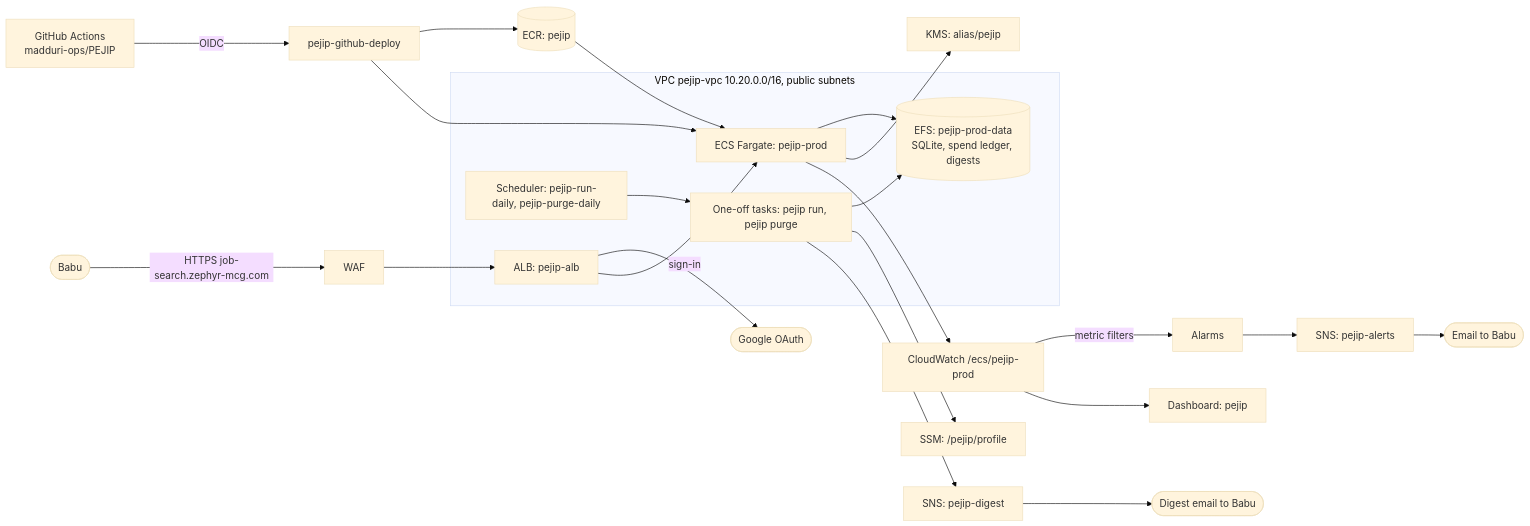
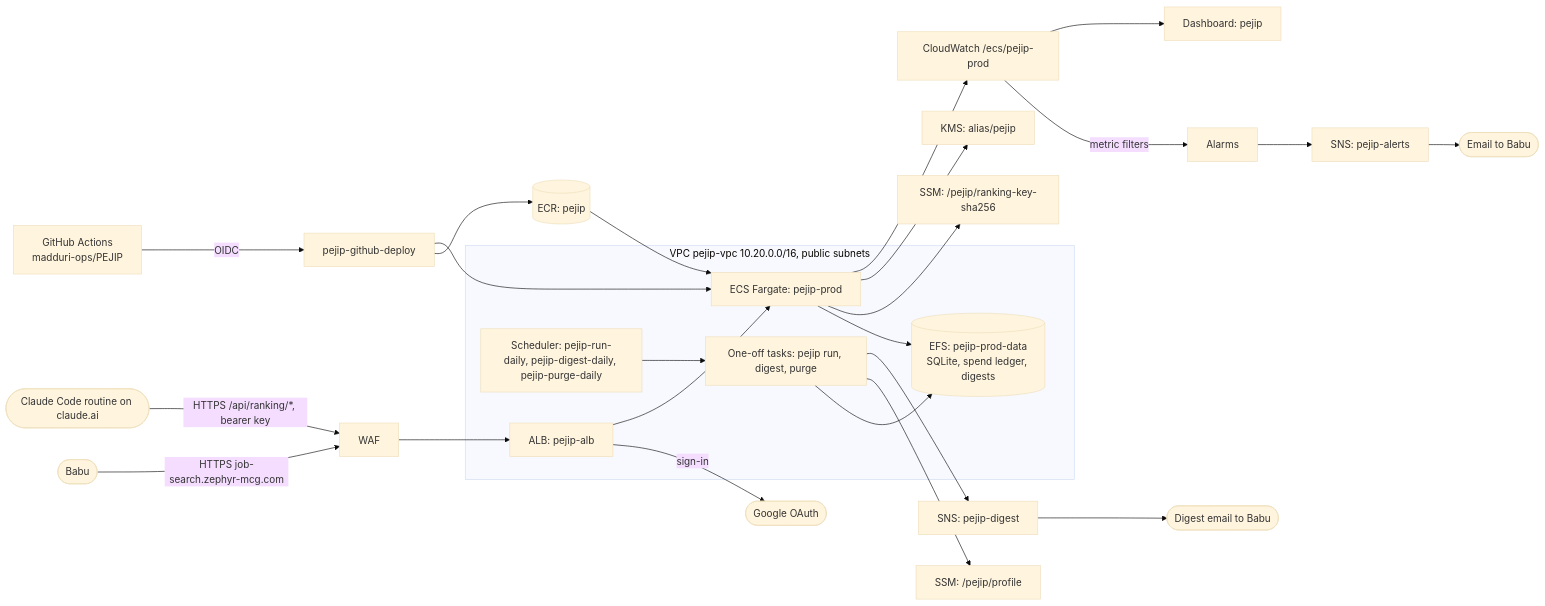
One commit to madduri-ops/PEJIP changed the second of 2 diagrams in docs/architecture/overview.md. Above: the diagram before and after it, drawn with Mermaid (base theme). The commit also changed other lines of this file and 36 other files, not shown here.

First line of the commit message:
Rank daily roles through a Claude Code routine on Babu's plan (#43)

````diff
--- a/docs/architecture/overview.md
+++ b/docs/architecture/overview.md
@@ -77,21 +80,23 @@
 ```mermaid
 flowchart LR
     gh[GitHub Actions<br/>madduri-ops/PEJIP] -- OIDC --> role[pejip-github-deploy]
     role --> ecr[(ECR: pejip)]
     role --> svc
     user([Babu]) -- HTTPS job-search.zephyr-mcg.com --> waf[WAF] --> alb[ALB: pejip-alb]
     alb -- sign-in --> google([Google OAuth])
+    routine([Claude Code routine on claude.ai]) -- HTTPS /api/ranking/*, bearer key --> waf
     subgraph vpc[VPC pejip-vpc 10.20.0.0/16, public subnets]
         alb --> svc[ECS Fargate: pejip-prod]
-        sched[Scheduler: pejip-run-daily, pejip-purge-daily] --> run[One-off tasks: pejip run, pejip purge]
+        sched[Scheduler: pejip-run-daily, pejip-digest-daily, pejip-purge-daily] --> run[One-off tasks: pejip run, digest, purge]
         run --> efs[(EFS: pejip-prod-data<br/>SQLite, spend ledger, digests)]
         svc --> efs
     end
     run --> ssm[SSM: /pejip/profile]
     run --> digestsns[SNS: pejip-digest] --> digestmail([Digest email to Babu])
     ecr --> svc
+    svc --> keyhash[SSM: /pejip/ranking-key-sha256]
     svc --> kms[KMS: alias/pejip]
     svc --> logs[CloudWatch /ecs/pejip-prod]
     logs -- metric filters --> alarms[Alarms] --> sns[SNS: pejip-alerts] --> mail([Email to Babu])
     logs --> dash[Dashboard: pejip]
 ```
````
